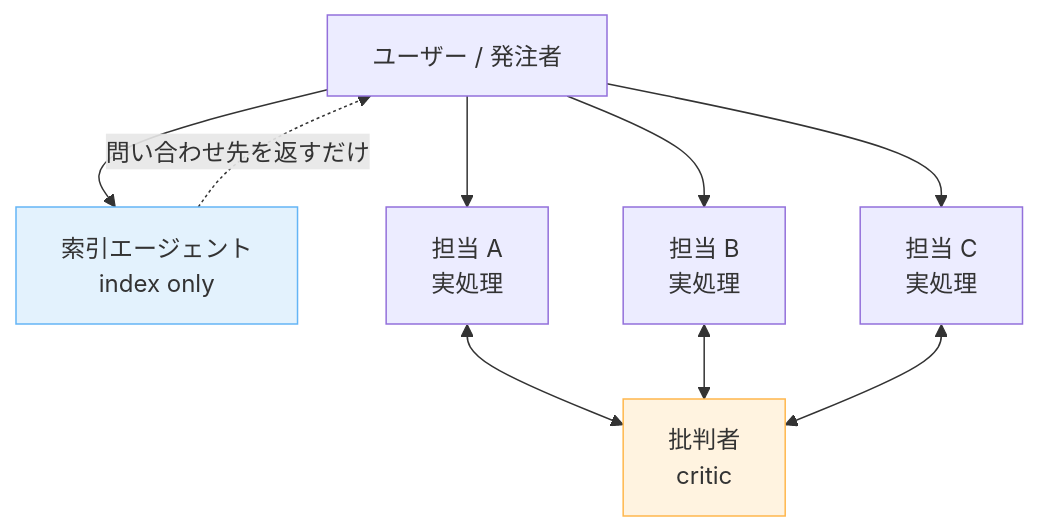
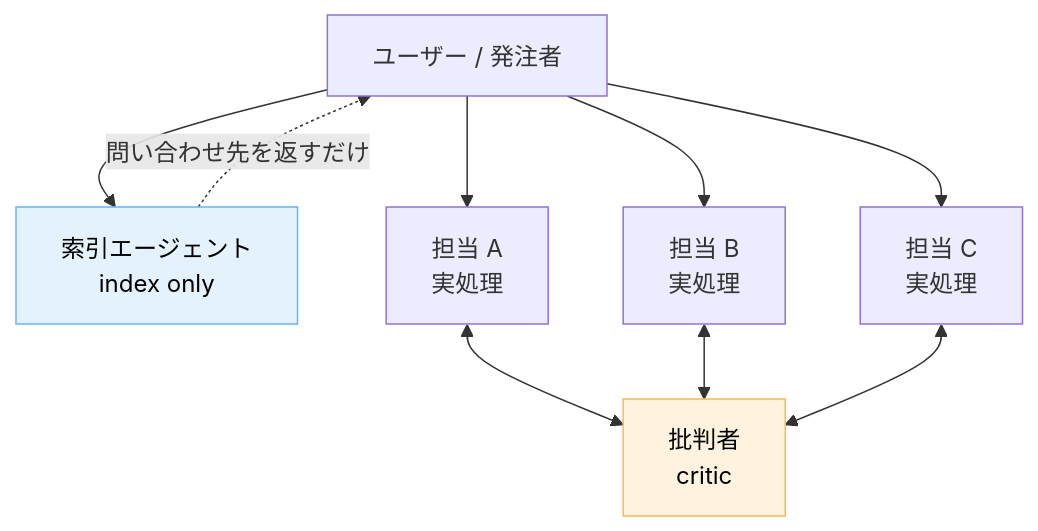
The diagram in docs/techniques/マルチエージェント組織の4つの設計教訓.md (dinekt/dinekt-wiki), drawn with Mermaid before and after one commit. The commit also changed 71 other files, not shown here.

First line of the commit message:
fix: mermaid readability + remove GitHub repo toolbar

````diff
--- a/docs/techniques/マルチエージェント組織の4つの設計教訓.md
+++ b/docs/techniques/マルチエージェント組織の4つの設計教訓.md
@@ -23,21 +23,21 @@
 ```mermaid
 flowchart TD
     H[ユーザー / 発注者]
     I[索引エージェント<br/>index only]
     A1[担当 A<br/>実処理]
     A2[担当 B<br/>実処理]
     A3[担当 C<br/>実処理]
     C[批判者<br/>critic]
 
     H --> I
     I -.問い合わせ先を返すだけ.-> H
     H --> A1
     H --> A2
     H --> A3
     A1 <--> C
     A2 <--> C
     A3 <--> C
 
-    style I fill:#e3f2fd,stroke:#64b5f6
-    style C fill:#fff3e0,stroke:#ffb74d
+    style I fill:#e3f2fd,stroke:#64b5f6,color:#000
+    style C fill:#fff3e0,stroke:#ffb74d,color:#000
 ```
````
